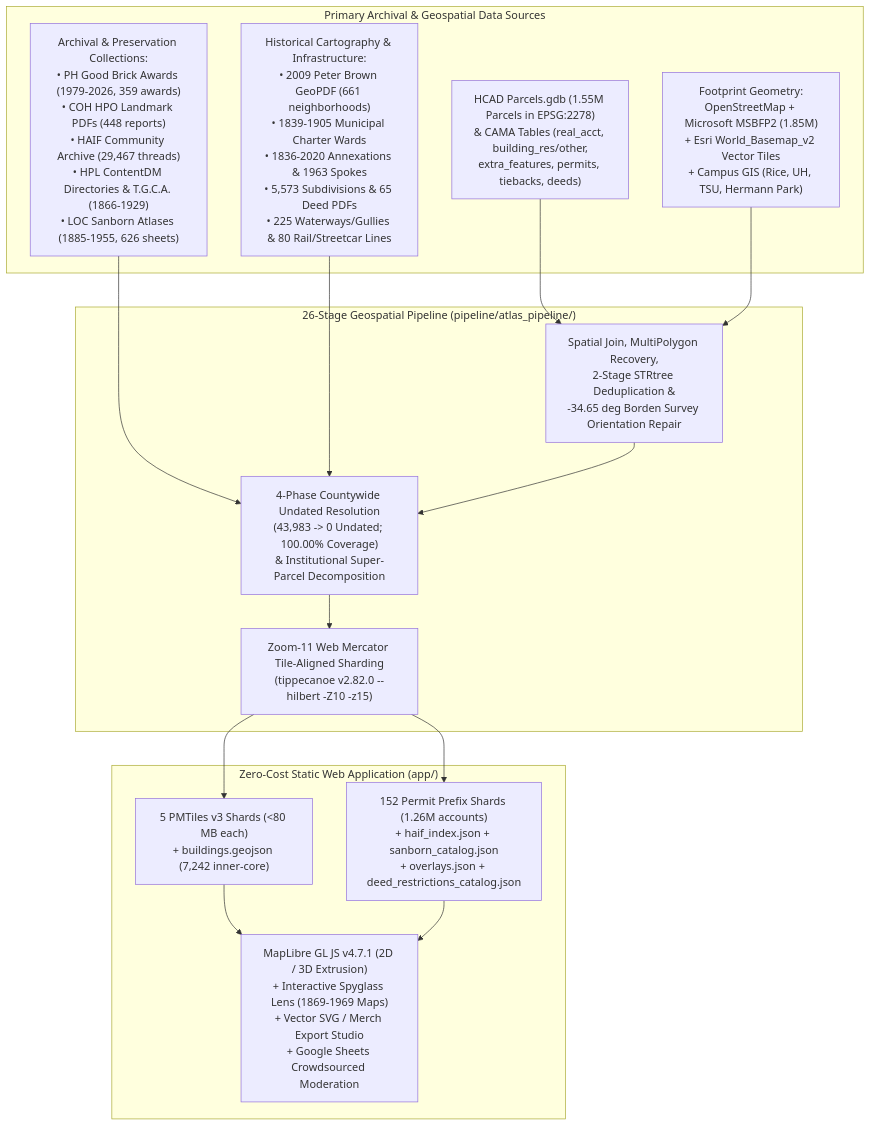
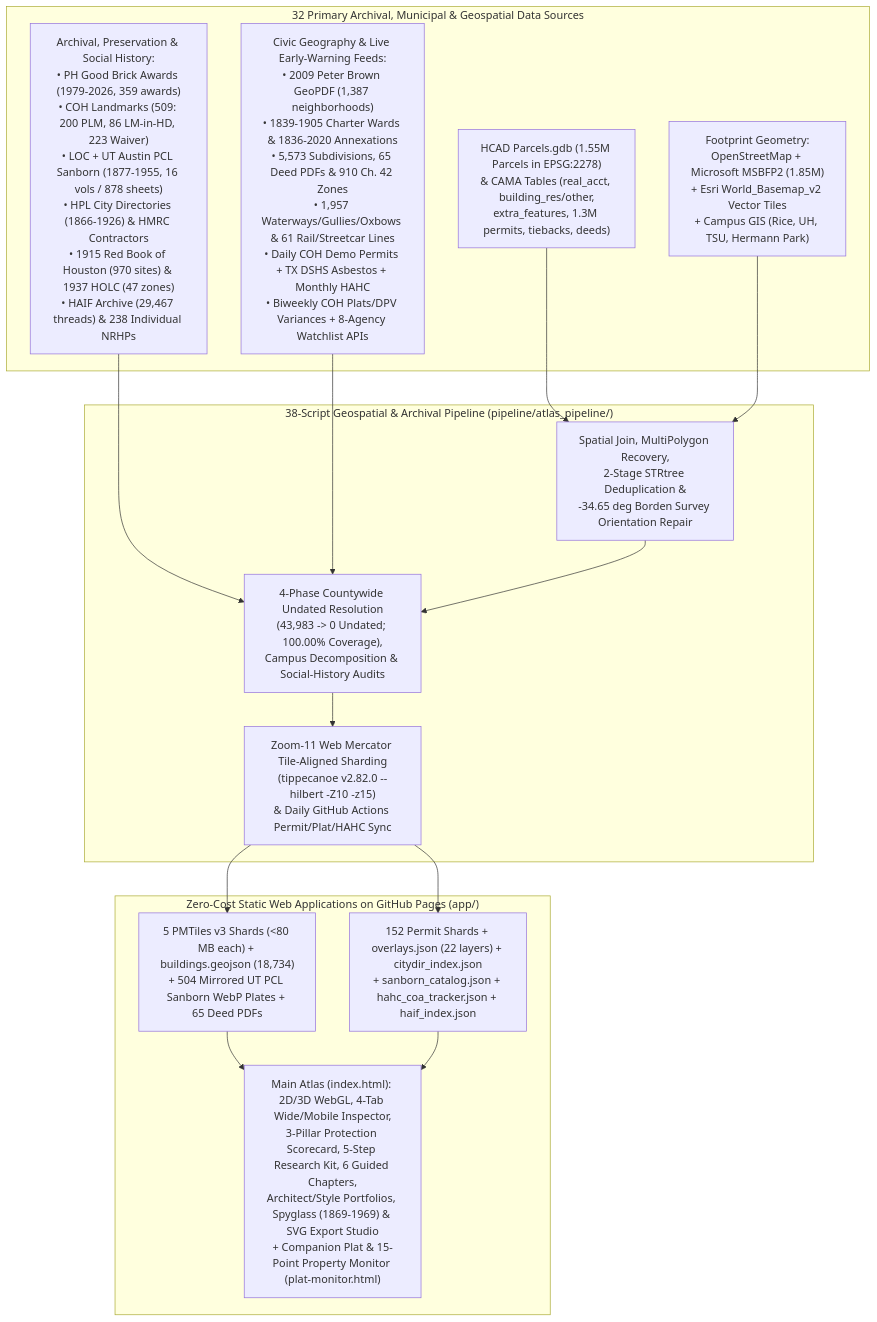
The diagram in README.md (davemorris-gcp/houston-building-atlas), drawn with Mermaid before and after one commit. The commit also changed other lines of this file and 9 other files, not shown here.

````diff
--- a/README.md
+++ b/README.md
@@ -15,26 +19,26 @@
 ```mermaid
 flowchart TD
-    subgraph Sources["Primary Archival & Geospatial Data Sources"]
-        S1["HCAD Parcels.gdb (1.55M Parcels in EPSG:2278)\n& CAMA Tables (real_acct, building_res/other,\nextra_features, permits, tiebacks, deeds)"]
+    subgraph Sources["32 Primary Archival, Municipal & Geospatial Data Sources"]
+        S1["HCAD Parcels.gdb (1.55M Parcels in EPSG:2278)\n& CAMA Tables (real_acct, building_res/other,\nextra_features, 1.3M permits, tiebacks, deeds)"]
         S2["Footprint Geometry:\nOpenStreetMap + Microsoft MSBFP2 (1.85M)\n+ Esri World_Basemap_v2 Vector Tiles\n+ Campus GIS (Rice, UH, TSU, Hermann Park)"]
-        S3["Archival & Preservation Collections:\n• PH Good Brick Awards (1979-2026, 359 awards)\n• COH HPO Landmark PDFs (448 reports)\n• HAIF Community Archive (29,467 threads)\n• HPL ContentDM Directories & T.G.C.A. (1866-1929)\n• LOC Sanborn Atlases (1885-1955, 626 sheets)"]
-        S4["Historical Cartography & Infrastructure:\n• 2009 Peter Brown GeoPDF (661 neighborhoods)\n• 1839-1905 Municipal Charter Wards\n• 1836-2020 Annexations & 1963 Spokes\n• 5,573 Subdivisions & 65 Deed PDFs\n• 225 Waterways/Gullies & 80 Rail/Streetcar Lines"]
+        S3["Archival, Preservation & Social History:\n• PH Good Brick Awards (1979-2026, 359 awards)\n• COH Landmarks (509: 200 PLM, 86 LM-in-HD, 223 Waiver)\n• LOC + UT Austin PCL Sanborn (1877-1955, 16 vols / 878 sheets)\n• HPL City Directories (1866-1926) & HMRC Contractors\n• 1915 Red Book of Houston (970 sites) & 1937 HOLC (47 zones)\n• HAIF Archive (29,467 threads) & 238 Individual NRHPs"]
+        S4["Civic Geography & Live Early-Warning Feeds:\n• 2009 Peter Brown GeoPDF (1,387 neighborhoods)\n• 1839-1905 Charter Wards & 1836-2020 Annexations\n• 5,573 Subdivisions, 65 Deed PDFs & 910 Ch. 42 Zones\n• 1,957 Waterways/Gullies/Oxbows & 61 Rail/Streetcar Lines\n• Daily COH Demo Permits + TX DSHS Asbestos + Monthly HAHC\n• Biweekly COH Plats/DPV Variances + 8-Agency Watchlist APIs"]
     end
 
-    subgraph Pipeline["26-Stage Geospatial Pipeline (pipeline/atlas_pipeline/)"]
+    subgraph Pipeline["38-Script Geospatial & Archival Pipeline (pipeline/atlas_pipeline/)"]
         P1["Spatial Join, MultiPolygon Recovery,\n2-Stage STRtree Deduplication &\n-34.65 deg Borden Survey Orientation Repair"]
-        P2["4-Phase Countywide Undated Resolution\n(43,983 -> 0 Undated; 100.00% Coverage)\n& Institutional Super-Parcel Decomposition"]
-        P3["Zoom-11 Web Mercator Tile-Aligned Sharding\n(tippecanoe v2.82.0 --hilbert -Z10 -z15)"]
+        P2["4-Phase Countywide Undated Resolution\n(43,983 -> 0 Undated; 100.00% Coverage),\nCampus Decomposition & Social-History Audits"]
+        P3["Zoom-11 Web Mercator Tile-Aligned Sharding\n(tippecanoe v2.82.0 --hilbert -Z10 -z15)\n& Daily GitHub Actions Permit/Plat/HAHC Sync"]
     end
 
-    subgraph App["Zero-Cost Static Web Application (app/)"]
-        A1["5 PMTiles v3 Shards (<80 MB each)\n+ buildings.geojson (7,242 inner-core)"]
-        A2["152 Permit Prefix Shards (1.26M accounts)\n+ haif_index.json + sanborn_catalog.json\n+ overlays.json + deed_restrictions_catalog.json"]
-        A3["MapLibre GL JS v4.7.1 (2D / 3D Extrusion)\n+ Interactive Spyglass Lens (1869-1969 Maps)\n+ Vector SVG / Merch Export Studio\n+ Google Sheets Crowdsourced Moderation"]
+    subgraph App["Zero-Cost Static Web Applications on GitHub Pages (app/)"]
+        A1["5 PMTiles v3 Shards (<80 MB each) + buildings.geojson (18,734)\n+ 504 Mirrored UT PCL Sanborn WebP Plates + 65 Deed PDFs"]
+        A2["152 Permit Shards + overlays.json (22 layers) + citydir_index.json\n+ sanborn_catalog.json + hahc_coa_tracker.json + haif_index.json"]
+        A3["Main Atlas (index.html): 2D/3D WebGL, 4-Tab Wide/Mobile Inspector,\n3-Pillar Protection Scorecard, 5-Step Research Kit, 6 Guided Chapters,\nArchitect/Style Portfolios, Spyglass (1869-1969) & SVG Export Studio\n+ Companion Plat & 15-Point Property Monitor (plat-monitor.html)"]
     end
 
     S1 & S2 --> P1
     S3 & S4 --> P2
     P1 --> P2 --> P3
     P3 --> A1 & A2 --> A3
 ```
````
